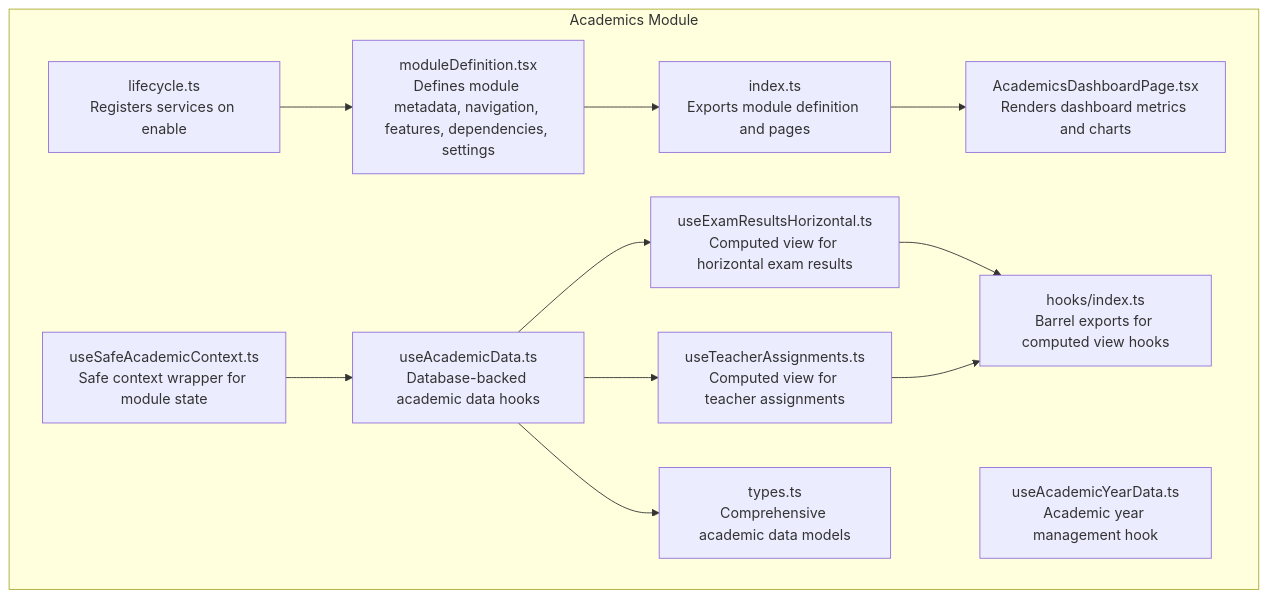
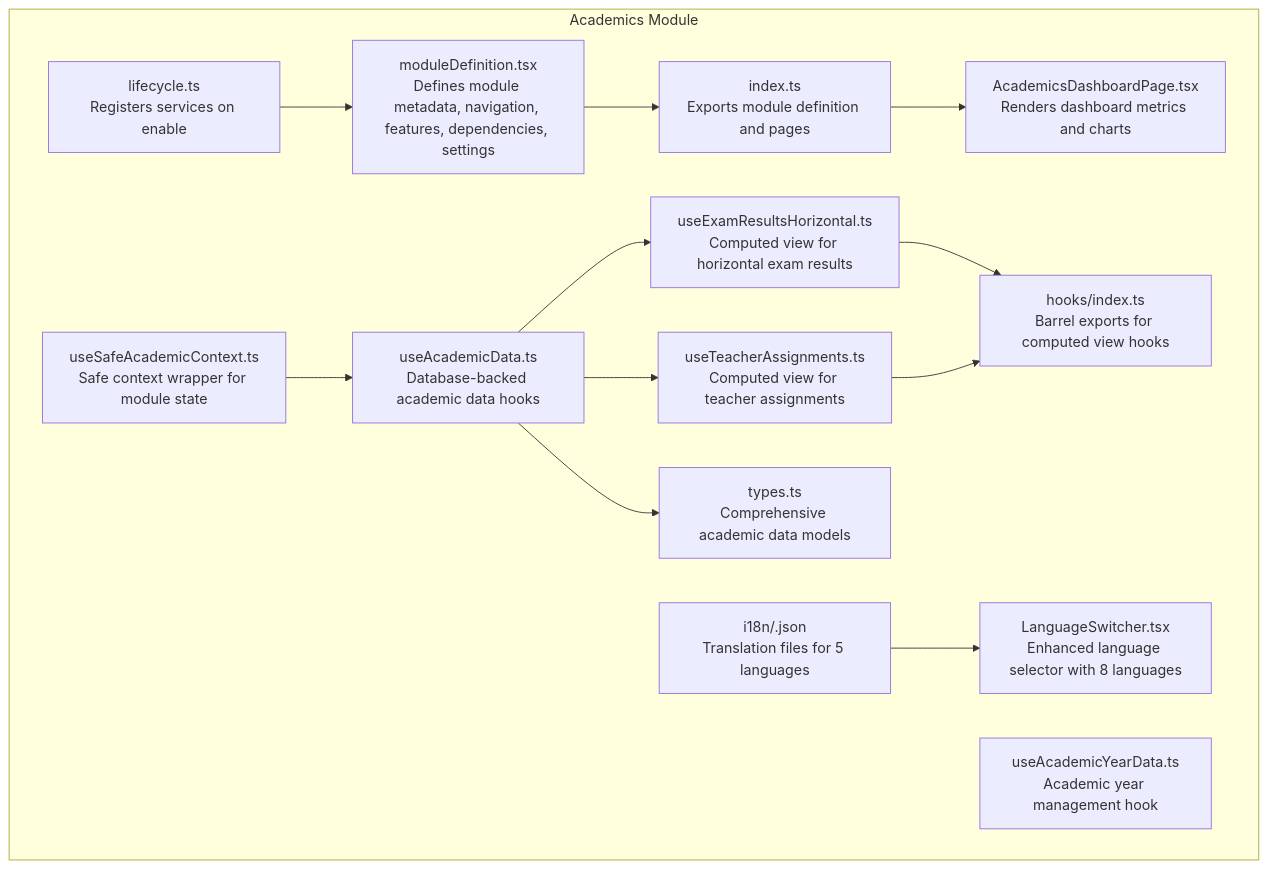
One commit to geniusdynamics/schoolpilot changed the first of 9 diagrams in .qoder/repowiki/en/content/Modules System/Academics Module.md. Above: the diagram before and after it, drawn with Mermaid. The commit also changed other lines of this file and 16 other files, not shown here.

````diff
--- a/.qoder/repowiki/en/content/Modules System/Academics Module.md
+++ b/.qoder/repowiki/en/content/Modules System/Academics Module.md
@@ -53,25 +62,28 @@
 ```mermaid
 graph TB
 subgraph "Academics Module"
 MD["moduleDefinition.tsx<br/>Defines module metadata, navigation, features, dependencies, settings"]
 IDX["index.ts<br/>Exports module definition and pages"]
 LC["lifecycle.ts<br/>Registers services on enable"]
 DP["AcademicsDashboardPage.tsx<br/>Renders dashboard metrics and charts"]
 DATA["useAcademicData.ts<br/>Database-backed academic data hooks"]
 CVH["useExamResultsHorizontal.ts<br/>Computed view for horizontal exam results"]
 CTA["useTeacherAssignments.ts<br/>Computed view for teacher assignments"]
 HOOKS["hooks/index.ts<br/>Barrel exports for computed view hooks"]
 TYPES["types.ts<br/>Comprehensive academic data models"]
 SAFE["useSafeAcademicContext.ts<br/>Safe context wrapper for module state"]
 AY["useAcademicYearData.ts<br/>Academic year management hook"]
+I18N["i18n/<locale>.json<br/>Translation files for 5 languages"]
+LS["LanguageSwitcher.tsx<br/>Enhanced language selector with 8 languages"]
 end
 MD --> IDX
 IDX --> DP
 LC --> MD
 DATA --> CVH
 DATA --> CTA
 DATA --> TYPES
 SAFE --> DATA
 CVH --> HOOKS
 CTA --> HOOKS
+I18N --> LS
 ```
````
